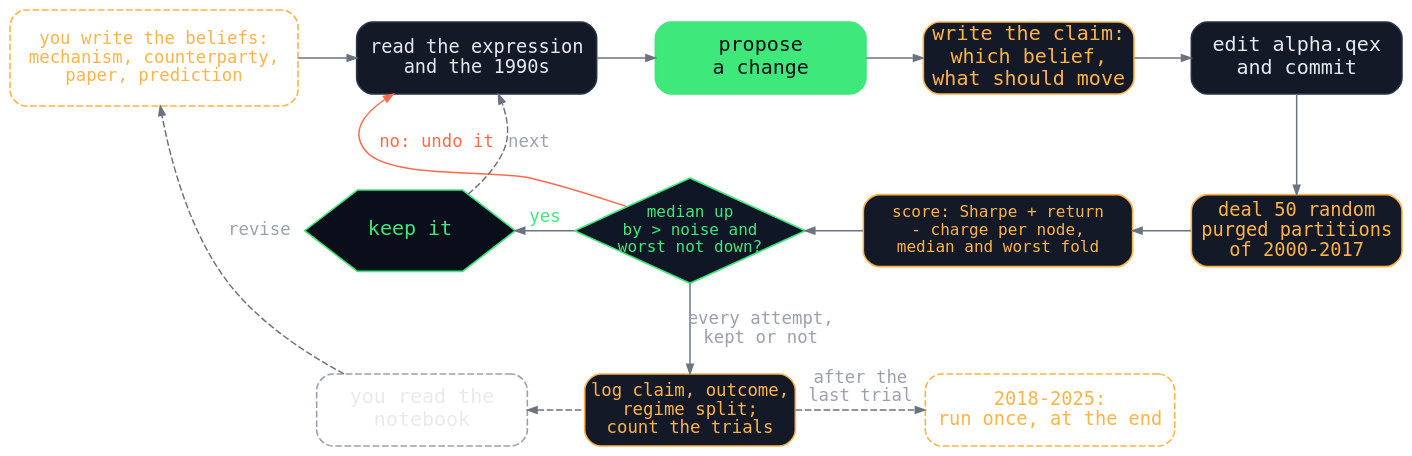
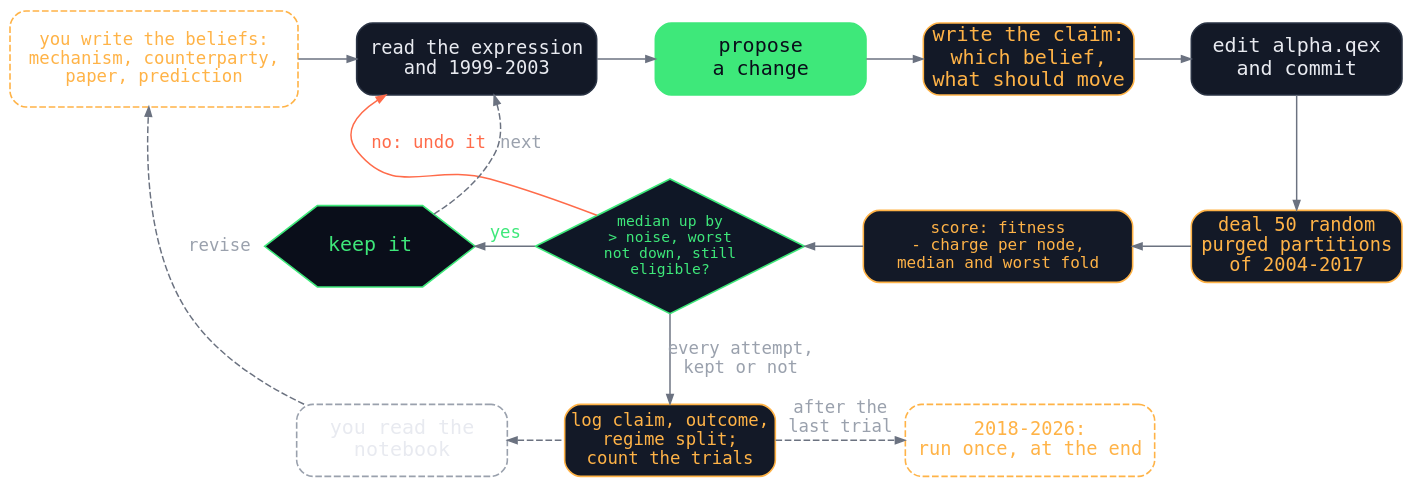
One commit to marketneutral/marketneutral.github.io changed the diagram in src/posts/autoresearch-alpha/augmented-loop.dot. Above: the diagram before and after it, drawn with Graphviz. The commit also changed 28 other files, not shown here.

```diff
--- a/src/posts/autoresearch-alpha/augmented-loop.dot
+++ b/src/posts/autoresearch-alpha/augmented-loop.dot
@@ -1,54 +1,54 @@
 // Source for augmented-loop.svg. Re-render with:
 //   dot -Tsvg augmented-loop.dot -o augmented-loop.svg
 // The autoresearch loop from the ai-scientist post with the finance changes that
 // post asked for, built: the claim before the edit, the moving evaluator, the
-// two-sided keep rule, the counted log, the seeded program, and the untouched test.
+// two-sided keep rule with eligibility, the counted log, the seeded program, and the untouched test.
 // Green marks the step handed to the model; orange marks what the essay added.
 digraph augmented {
   rankdir=TB;
   bgcolor="transparent";
   pad=0.25;
   nodesep=0.30;
   ranksep=0.55;
   fontname="IBM Plex Mono, Menlo, DejaVu Sans Mono, monospace";
   node [shape=box, style="rounded,filled", fillcolor="#131927", color="#2a3344",
         fontcolor="#e8eaf0", fontname="IBM Plex Mono, Menlo, DejaVu Sans Mono, monospace",
         fontsize=15, margin="0.10,0.14", penwidth=1.2, width=2.2, height=0.75, fixedsize=true];
   edge [color="#6b7280", arrowsize=0.7, penwidth=1.1,
         fontname="IBM Plex Mono, Menlo, DejaVu Sans Mono, monospace",
         fontsize=13, fontcolor="#9aa1ad"];
 
   PM   [label="you write the beliefs:\nmechanism, counterparty,\npaper, prediction", style="rounded,dashed", color="#ffb347", fontcolor="#ffb347", width=3.0, height=1.0, fontsize=13];
-  READ [label="read the expression\nand the 1990s", width=2.5, fontsize=14];
+  READ [label="read the expression\nand 1999-2003", width=2.5, fontsize=14];
   H    [label="propose\na change", fillcolor="#3ee87a", color="#3ee87a", fontcolor="#0a0e1a"];
   C    [label="write the claim:\nwhich belief,\nwhat should move", color="#ffb347", fontcolor="#ffb347"];
   P    [label="edit alpha.qex\nand commit"];
-  X    [label="deal 50 random\npurged partitions\nof 2000-2017", color="#ffb347", fontcolor="#ffb347", fontsize=14];
-  R    [label="score: Sharpe + return\n- charge per node,\nmedian and worst fold", color="#ffb347", fontcolor="#ffb347", fontsize=12, width=2.8];
+  X    [label="deal 50 random\npurged partitions\nof 2004-2017", color="#ffb347", fontcolor="#ffb347", fontsize=14];
+  R    [label="score: fitness\n- charge per node,\nmedian and worst fold", color="#ffb347", fontcolor="#ffb347", fontsize=12, width=2.8];
   D    [shape=diamond, style="filled", fillcolor="#0f1726", color="#3ee87a",
-        fontcolor="#3ee87a", label="median up\nby > noise and\nworst not down?", margin="0.04,0.02", fontsize=12, width=2.4, height=1.1, fixedsize=true];
+        fontcolor="#3ee87a", label="median up by\n> noise, worst\nnot down, still\neligible?", margin="0.04,0.02", fontsize=11, width=2.8, height=1.4, fixedsize=true];
   T    [label="keep it", shape=hexagon, style="filled", fillcolor="#0a0e1a",
         color="#3ee87a", fontcolor="#3ee87a", margin="0.04,0.02", width=2.2, height=0.85, fixedsize=true];
   LOG  [label="log claim, outcome,\nregime split;\ncount the trials", color="#ffb347", fontcolor="#ffb347", fontsize=13];
   YOU  [label="you read the\nnotebook", style="rounded,dashed", color="#9aa1ad"];
-  OOS  [label="2018-2025:\nrun once, at the end", style="rounded,dashed", color="#ffb347", fontcolor="#ffb347", width=2.6, fontsize=14];
+  OOS  [label="2018-2026:\nrun once, at the end", style="rounded,dashed", color="#ffb347", fontcolor="#ffb347", width=2.6, fontsize=14];
 
   { rank=same; PM; READ; H; C; P; }
   { rank=same; T; D; R; X; }
   { rank=same; YOU; LOG; OOS; }
 
   PM -> READ;
   READ -> H;
   H -> C;
   C -> P;
   P -> X;
   R -> X [dir=back];
   D -> R [dir=back];
   T -> D [dir=back, label="yes", fontcolor="#3ee87a"];
   T -> READ [style=dashed, label="next  ", constraint=false, fontcolor="#9aa1ad"];
   D -> READ [label="  no: undo it", constraint=false, color="#ff6b4a", fontcolor="#ff6b4a"];
   D -> LOG [label="every attempt,\nkept or not"];
   YOU -> LOG [dir=back, style=dashed];
   YOU -> PM [constraint=false, style=dashed, label="revise", fontcolor="#9aa1ad"];
   LOG -> OOS [style=dashed, label="after the\nlast trial"];
 }
```
